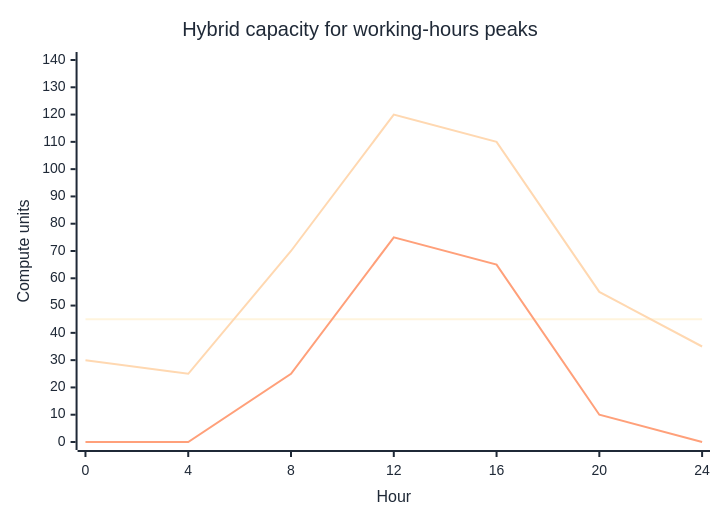
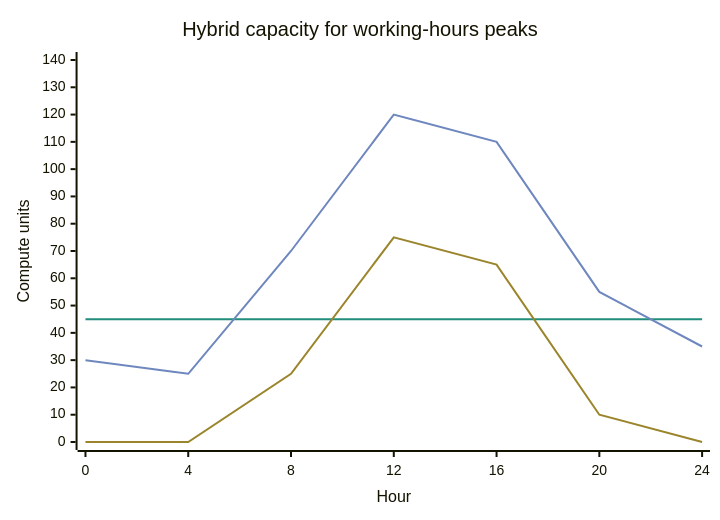
Before and after one commit to Rexus/homelab: the second of 2 diagrams in docs/architecture/private-cloud.md, drawn with Mermaid. The commit also changed other lines of this file and 49 other files, not shown here.

Commit message:
docs(diagrams): clarify tier layouts and visual styles

````diff
--- a/docs/architecture/private-cloud.md
+++ b/docs/architecture/private-cloud.md
@@ -145,10 +145,10 @@
 ```mermaid
-%%{init: {"theme": "base", "themeVariables": {"background": "#ffffff", "primaryColor": "#dbeafe", "primaryBorderColor": "#2563eb", "primaryTextColor": "#1f2937", "secondaryColor": "#dcfce7", "tertiaryColor": "#fff7ed", "lineColor": "#2563eb"}}}%%
+%%{init: {"themeVariables": {"xyChart": {"plotColorPalette": "#218d7b,#6e87be,#9b852c"}}}}%%
 xychart-beta
   title "Hybrid capacity for working-hours peaks"
   x-axis "Hour" [0, 4, 8, 12, 16, 20, 24]
   y-axis "Compute units" 0 --> 140
   line "private baseline" [45, 45, 45, 45, 45, 45, 45]
   line "business demand" [30, 25, 70, 120, 110, 55, 35]
   line "public cloud burst" [0, 0, 25, 75, 65, 10, 0]
 ```
````
